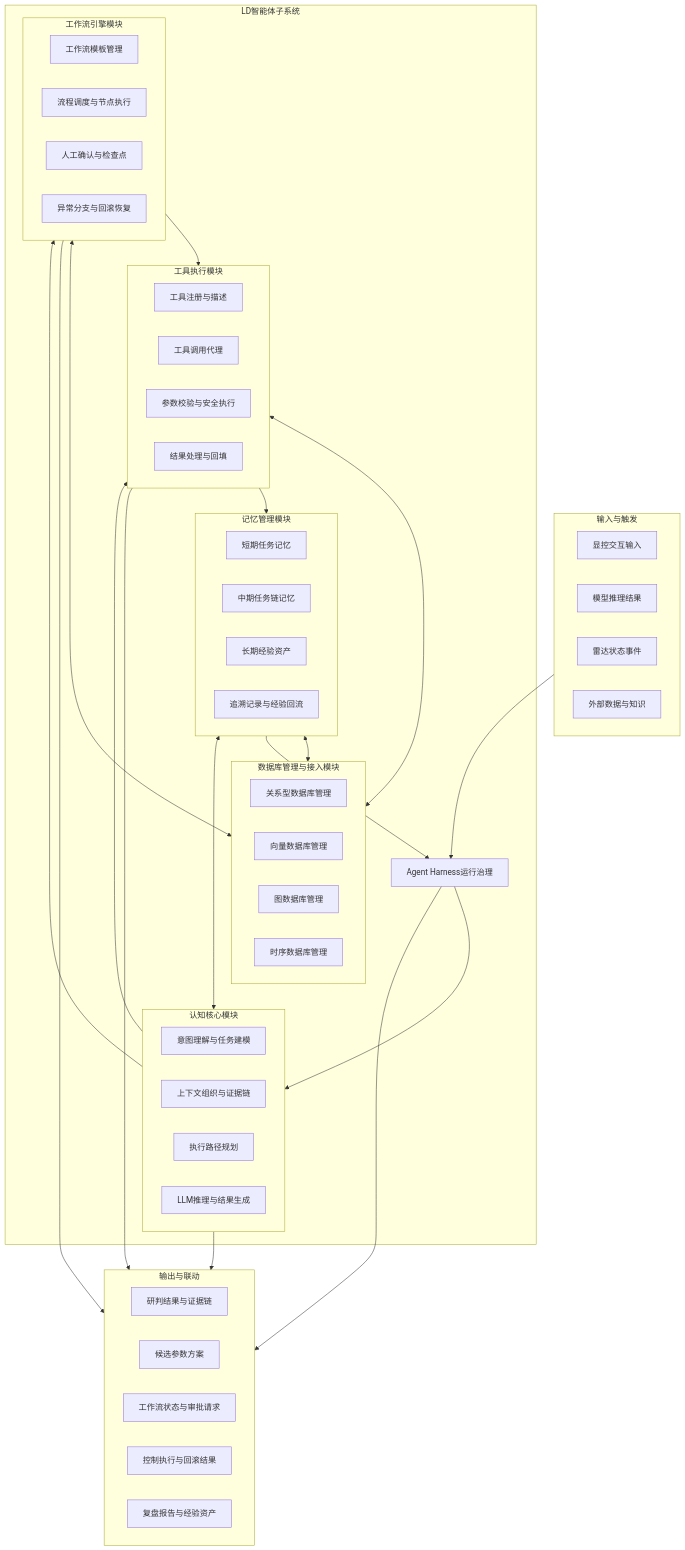
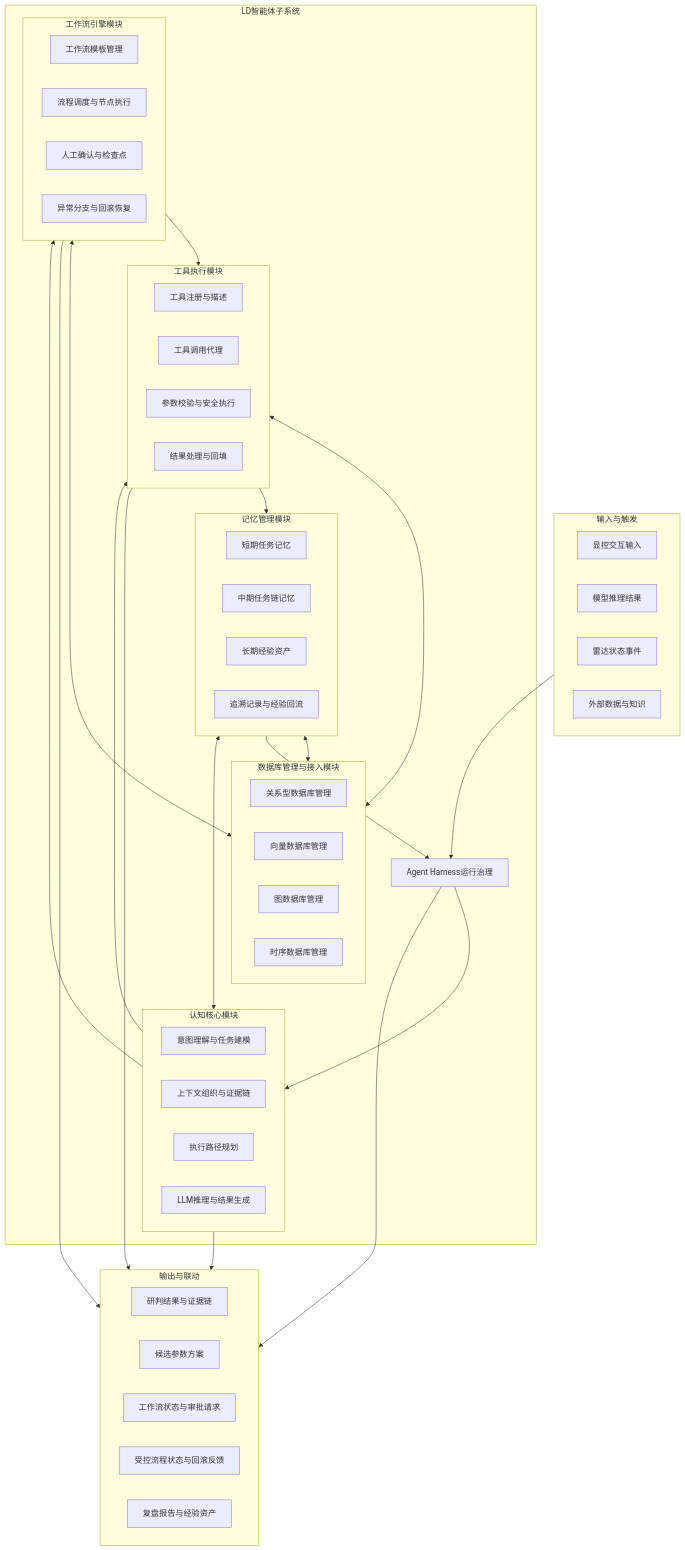
Before and after one commit to StormSeven1/obsidian-vault: the third of 7 diagrams in radar agent/4.3.3.2 LD智能体子系统技术方案.md, drawn with Mermaid. The commit also changed other lines of this file, not shown here.

````diff
--- a/radar agent/4.3.3.2 LD智能体子系统技术方案.md
+++ b/radar agent/4.3.3.2 LD智能体子系统技术方案.md
@@ -104,67 +105,67 @@
 ```mermaid
 graph TB
     subgraph INPUT[输入与触发]
         I1[显控交互输入]
         I2[模型推理结果]
         I3[雷达状态事件]
         I4[外部数据与知识]
     end
 
     subgraph CORE[LD智能体子系统]
         H[Agent Harness运行治理]
         subgraph COG[认知核心模块]
             C1[意图理解与任务建模]
             C2[上下文组织与证据链]
             C3[执行路径规划]
             C4[LLM推理与结果生成]
         end
         subgraph MEM[记忆管理模块]
             M1[短期任务记忆]
             M2[中期任务链记忆]
             M3[长期经验资产]
             M4[追溯记录与经验回流]
         end
         subgraph TOOL[工具执行模块]
             T1[工具注册与描述]
             T2[工具调用代理]
             T3[参数校验与安全执行]
             T4[结果处理与回填]
         end
         subgraph WF[工作流引擎模块]
             W1[工作流模板管理]
             W2[流程调度与节点执行]
             W3[人工确认与检查点]
             W4[异常分支与回滚恢复]
         end
         subgraph DB[数据库管理与接入模块]
             D1[关系型数据库管理]
             D2[向量数据库管理]
             D3[图数据库管理]
             D4[时序数据库管理]
         end
     end
 
     subgraph OUTPUT[输出与联动]
         O1[研判结果与证据链]
         O2[候选参数方案]
         O3[工作流状态与审批请求]
-        O4[控制执行与回滚结果]
+        O4[受控流程状态与回滚反馈]
         O5[复盘报告与经验资产]
     end
 
     INPUT --> H
     H --> COG
     COG <--> MEM
     COG --> TOOL
     COG --> WF
     WF --> TOOL
     MEM <--> DB
     TOOL <--> DB
     WF <--> DB
     TOOL --> MEM
     MEM --> H
     TOOL --> OUTPUT
     WF --> OUTPUT
     COG --> OUTPUT
     H --> OUTPUT
 ```
````
